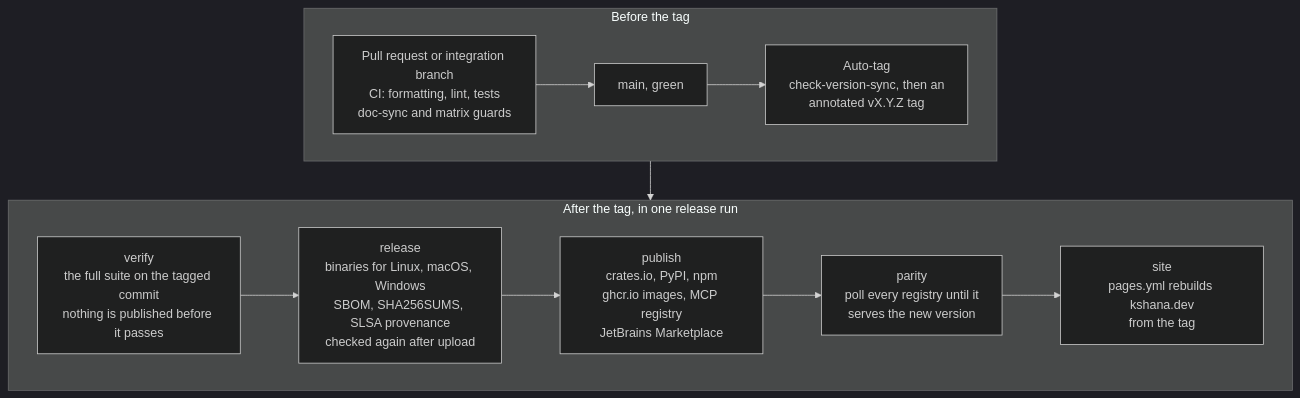
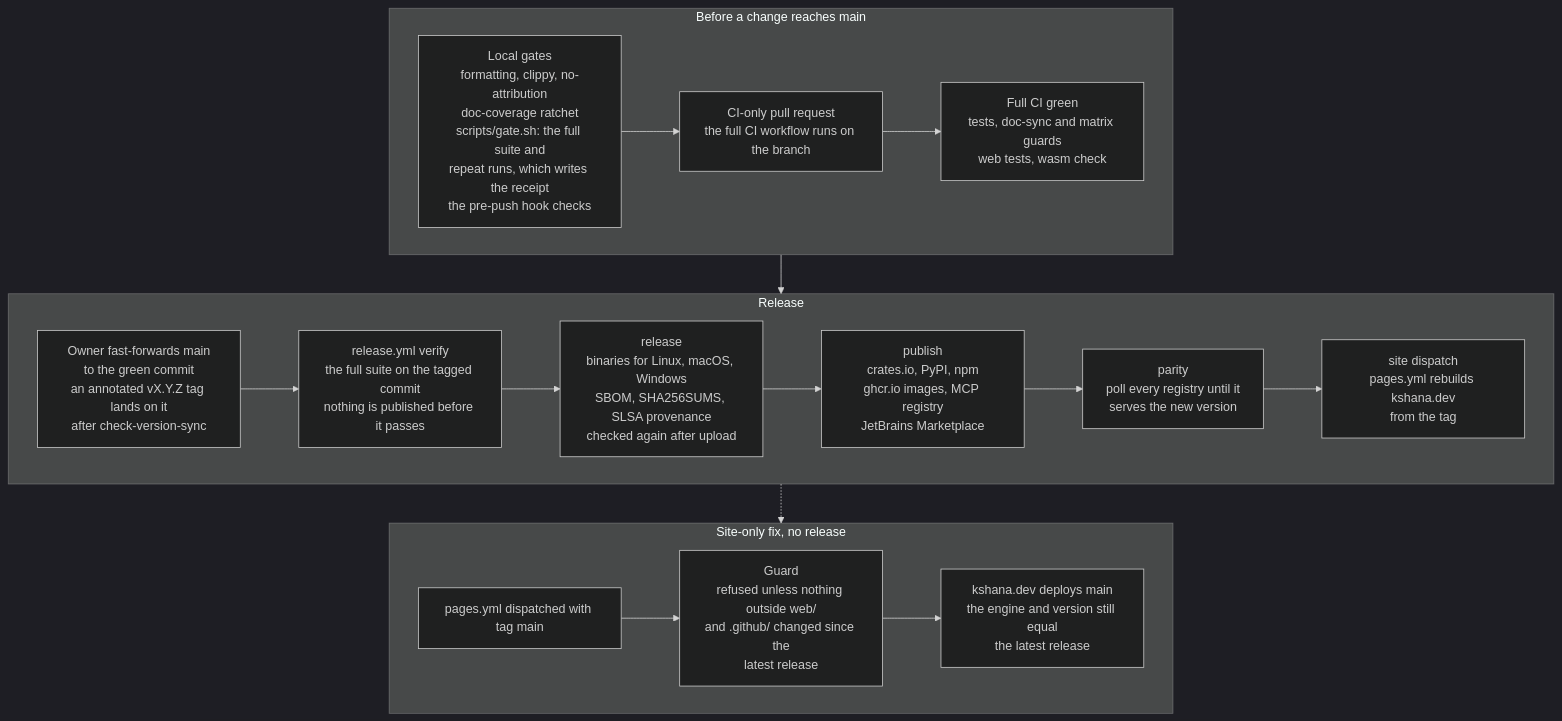
Before and after one commit to ashfordeOU/kshana: the diagram in docs/diagrams/release-flow.mmd, drawn with Mermaid (dark theme). The commit also changed 110 other files, not shown here.

Commit message:
A docs page for every scenario kind (inputs, results, evidence, limitations, chart) generated from the engine and the matrix; the test and release flow chart; the guard test requires every kind page

```diff
--- a/docs/diagrams/release-flow.mmd
+++ b/docs/diagrams/release-flow.mmd
@@ -1,14 +1,21 @@
 flowchart TB
-    subgraph A["Before the tag"]
+    subgraph A["Before a change reaches main"]
         direction LR
-        PR["Pull request or integration branch<br/>CI: formatting, lint, tests<br/>doc-sync and matrix guards"] --> MAIN["main, green"]
-        MAIN --> TAG["Auto-tag<br/>check-version-sync, then an<br/>annotated vX.Y.Z tag"]
+        LOC["Local gates<br/>formatting, clippy, no-attribution<br/>doc-coverage ratchet<br/>scripts/gate.sh: the full suite and<br/>repeat runs, which writes the receipt<br/>the pre-push hook checks"] --> PR["CI-only pull request<br/>the full CI workflow runs on the branch"]
+        PR --> CI["Full CI green<br/>tests, doc-sync and matrix guards<br/>web tests, wasm check"]
     end
-    subgraph B["After the tag, in one release run"]
+    subgraph B["Release"]
         direction LR
-        VER["verify<br/>the full suite on the tagged commit<br/>nothing is published before it passes"] --> REL["release<br/>binaries for Linux, macOS, Windows<br/>SBOM, SHA256SUMS, SLSA provenance<br/>checked again after upload"]
+        FF["Owner fast-forwards main<br/>to the green commit<br/>an annotated vX.Y.Z tag lands on it<br/>after check-version-sync"] --> VER["release.yml verify<br/>the full suite on the tagged commit<br/>nothing is published before it passes"]
+        VER --> REL["release<br/>binaries for Linux, macOS, Windows<br/>SBOM, SHA256SUMS, SLSA provenance<br/>checked again after upload"]
         REL --> PUB["publish<br/>crates.io, PyPI, npm<br/>ghcr.io images, MCP registry<br/>JetBrains Marketplace"]
         PUB --> PAR["parity<br/>poll every registry until it<br/>serves the new version"]
-        PAR --> SITE["site<br/>pages.yml rebuilds kshana.dev<br/>from the tag"]
+        PAR --> SITE["site dispatch<br/>pages.yml rebuilds kshana.dev<br/>from the tag"]
+    end
+    subgraph C["Site-only fix, no release"]
+        direction LR
+        MAINDEP["pages.yml dispatched with tag main"] --> GUARD["Guard<br/>refused unless nothing outside web/<br/>and .github/ changed since the<br/>latest release"]
+        GUARD --> LIVE["kshana.dev deploys main<br/>the engine and version still equal<br/>the latest release"]
     end
     A --> B
+    B -.-> C
```
